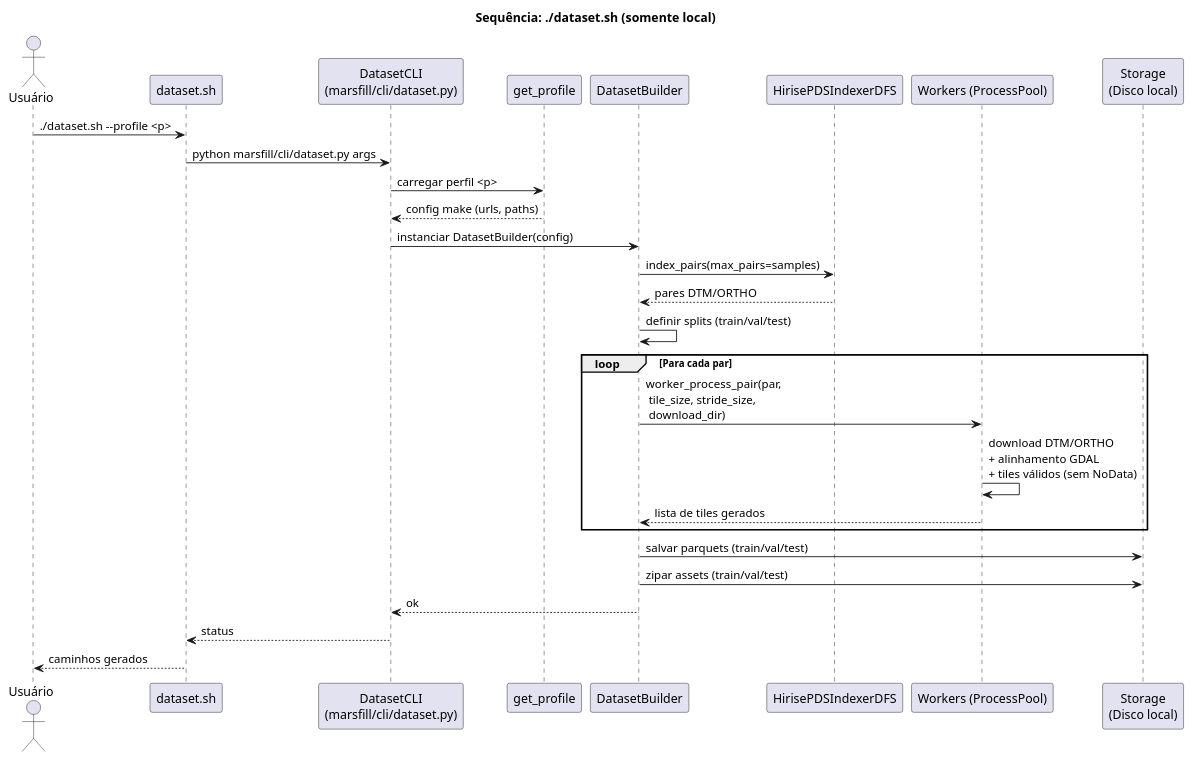
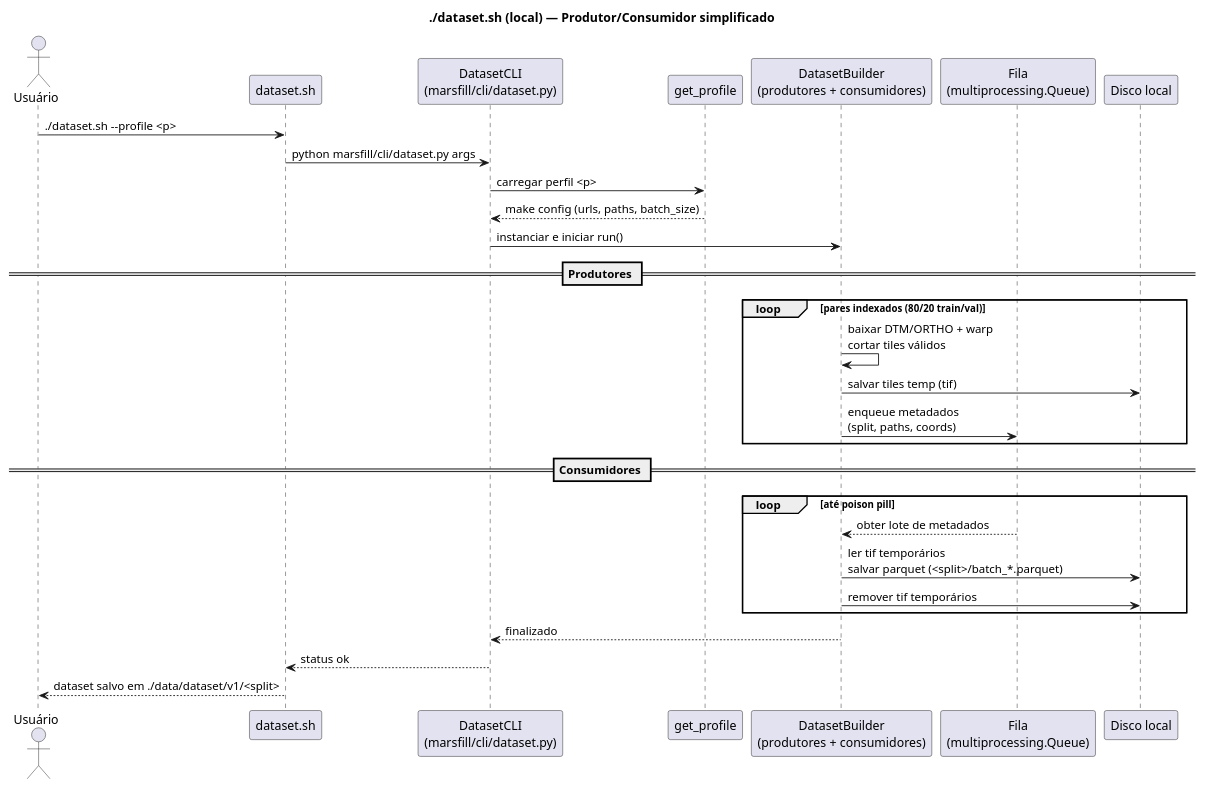
The diagram in docs/diagrams/dataset_sequence.puml (b-holanda/HiRISE-DTM-FILL), drawn with PlantUML before and after one commit. The commit also changed 22 other files, not shown here.

```diff
--- a/docs/diagrams/dataset_sequence.puml
+++ b/docs/diagrams/dataset_sequence.puml
@@ -1,32 +1,36 @@
 @startuml DatasetPipeline
-title Sequência: ./dataset.sh (somente local)
+title ./dataset.sh (local) — Produtor/Consumidor simplificado
 
 actor Usuário
 participant "dataset.sh" as Shell
 participant "DatasetCLI\n(marsfill/cli/dataset.py)" as CLI
 participant "get_profile" as Profile
-participant "DatasetBuilder" as Builder
-participant "HirisePDSIndexerDFS" as Indexer
-participant "Workers (ProcessPool)" as Workers
-participant "Storage\n(Disco local)" as Storage
+participant "DatasetBuilder\n(produtores + consumidores)" as Builder
+participant "Fila\n(multiprocessing.Queue)" as Queue
+participant "Disco local" as Storage
 
 Usuário -> Shell: ./dataset.sh --profile <p>
 Shell -> CLI: python marsfill/cli/dataset.py args
 CLI -> Profile: carregar perfil <p>
-Profile --> CLI: config make (urls, paths)
-CLI -> Builder: instanciar DatasetBuilder(config)
-Builder -> Indexer: index_pairs(max_pairs=samples)
-Indexer --> Builder: pares DTM/ORTHO
-Builder -> Builder: definir splits (train/val/test)
-loop Para cada par
-  Builder -> Workers: worker_process_pair(par,\n tile_size, stride_size,\n download_dir)
-  Workers -> Workers: download DTM/ORTHO\n+ alinhamento GDAL\n+ tiles válidos (sem NoData)
-  Workers --> Builder: lista de tiles gerados
+Profile --> CLI: make config (urls, paths, batch_size)
+CLI -> Builder: instanciar e iniciar run()
+
+== Produtores ==
+loop pares indexados (80/20 train/val)
+  Builder -> Builder: baixar DTM/ORTHO + warp\ncortar tiles válidos
+  Builder -> Storage: salvar tiles temp (tif)
+  Builder -> Queue: enqueue metadados\n(split, paths, coords)
 end
-Builder -> Storage: salvar parquets (train/val/test)
-Builder -> Storage: zipar assets (train/val/test)
-Builder --> CLI: ok
-CLI --> Shell: status
-Shell --> Usuário: caminhos gerados
+
+== Consumidores ==
+loop até poison pill
+  Queue --> Builder: obter lote de metadados
+  Builder -> Storage: ler tif temporários\nsalvar parquet (<split>/batch_*.parquet)
+  Builder -> Storage: remover tif temporários
+end
+
+Builder --> CLI: finalizado
+CLI --> Shell: status ok
+Shell --> Usuário: dataset salvo em ./data/dataset/v1/<split>
 
 @enduml
```
